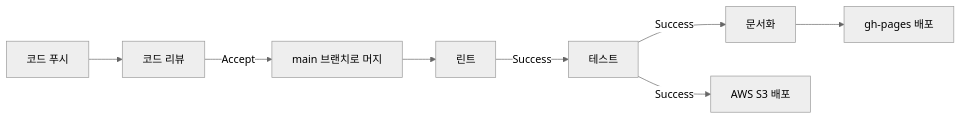
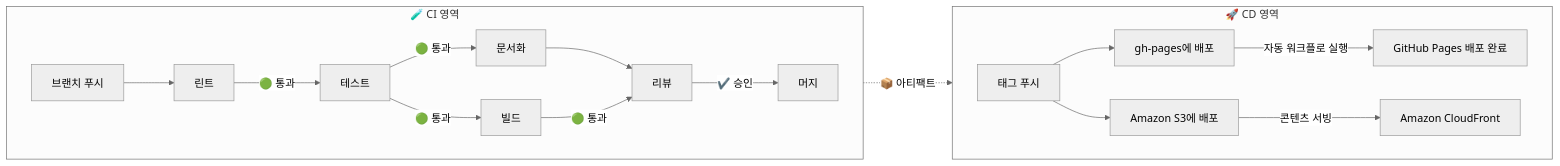
The diagram in README.md (Daily1Hour/PickMe-Auth-Parcel), drawn with Mermaid (neutral theme) before and after one commit.

Commit message:
docs: README.md CI/CD 다이어그램 업데이트

````diff
--- a/README.md
+++ b/README.md
@@ -126,10 +126,26 @@
 ```mermaid
 graph LR
-    Push[코드 푸시] --> Review[코드 리뷰]
-    Review -->|Accept| Merge[main 브랜치로 머지]
-    Merge --> Lint[린트]
-    Lint --> |Success|Test[테스트]
-    Test --> |Success|Docs[문서화]
-    Docs --> DeployGH[gh-pages 배포]
-    Test --> |Success|DeployAWS[AWS S3 배포]
+    subgraph CD[🚀 CD 영역]
+        direction LR
+        Tag[태그 푸시] --> DeployGH[gh-pages에 배포] --> |자동 워크플로 실행|pages-build-deployment[GitHub Pages 배포 완료]
+        Tag --> DeployAWS[Amazon S3에 배포] --> |콘텐츠 서빙|CloudFront[Amazon CloudFront]
+    end
+
+    Build -.-> |📦 아티팩트|Tag
+
+    subgraph CI[🧪 CI 영역]
+        direction LR
+        Push[브랜치 푸시] --> Lint[린트]
+        Lint --> |🟢 통과|Test[테스트]
+        Test --> |🟢 통과|Docs[문서화] --> Review
+        Test --> |🟢 통과|Build[빌드]
+        Build --> |🟢 통과|Review[리뷰]
+        Review -->|✔️ 승인|Merge[머지]
+    end
+
+    click Build "https://github.com/Daily1Hour/PickMe-Auth-Parcel/actions/workflows/vite-build.yml"
+    click Review "https://github.com/Daily1Hour/PickMe-Auth-Parcel/actions/workflows/auto-assign.yml"
+    click DeployGH "https://github.com/Daily1Hour/PickMe-Auth-Parcel/actions/workflows/deploy-gh-pages.yml"
+    click pages-build-deployment "https://github.com/Daily1Hour/PickMe-Auth-Parcel/actions/workflows/pages/pages-build-deployment"
+    click DeployAWS "https://github.com/Daily1Hour/PickMe-Auth-Parcel/actions/workflows/deploy-aws-s3.yml"
 ```
````
